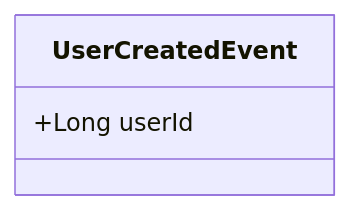
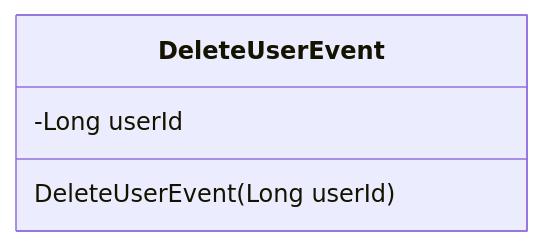
The seventh of 8 diagrams in readme.md (viswarajramji/user), drawn with Mermaid before and after one commit. The commit also changed other lines of this file, not shown here.

````diff
--- a/readme.md
+++ b/readme.md
@@ -142,6 +147,8 @@
 ```mermaid
 classDiagram
-    class UserCreatedEvent {
-        +Long userId
+    class DeleteUserEvent {
+        -Long userId
+        DeleteUserEvent(Long userId)
     }
+
 ```
````
